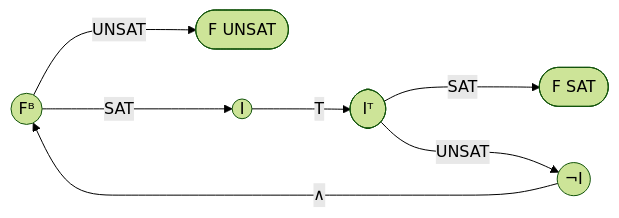
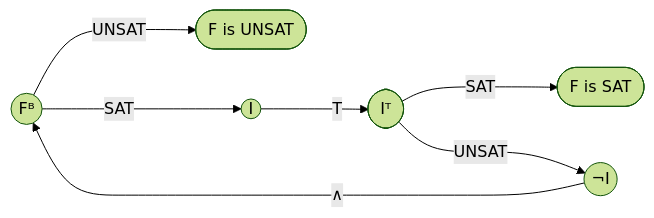
One commit to SykChw/old.sykchw.github.io changed the eighth of 14 diagrams in content/2024-03-27.md. Above: the diagram before and after it, drawn with Mermaid (forest theme). The commit also changed other lines of this file and 5 other files, not shown here.

````diff
--- a/content/2024-03-27.md
+++ b/content/2024-03-27.md
@@ -661,14 +661,14 @@
 ```mermaid
 flowchart LR
 
-FU([F UNSAT])
+FU([F is UNSAT])
 FB((Fᴮ))
 I((I))
 IT([Iᵀ])
-FS([F SAT])
+FS([F is SAT])
 NI((¬I))
 
 FB --SAT---> I --T--> IT --SAT---> FS
 FB --UNSAT---> FU
 IT --UNSAT---> NI --∧---> FB
 ```
````
